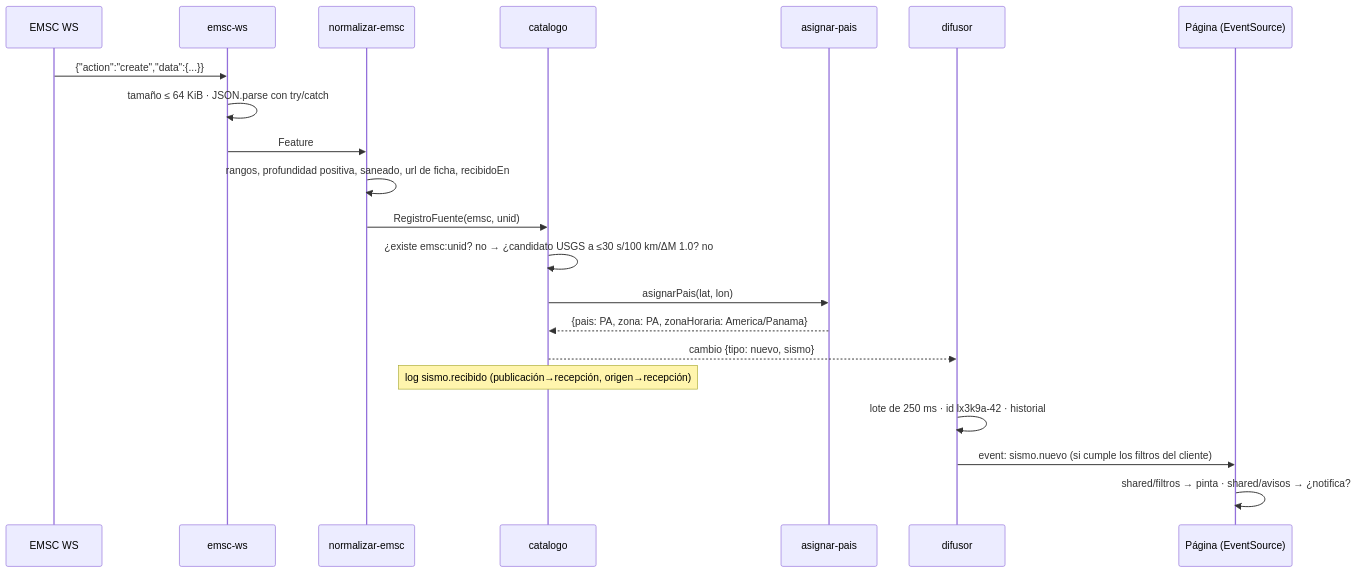
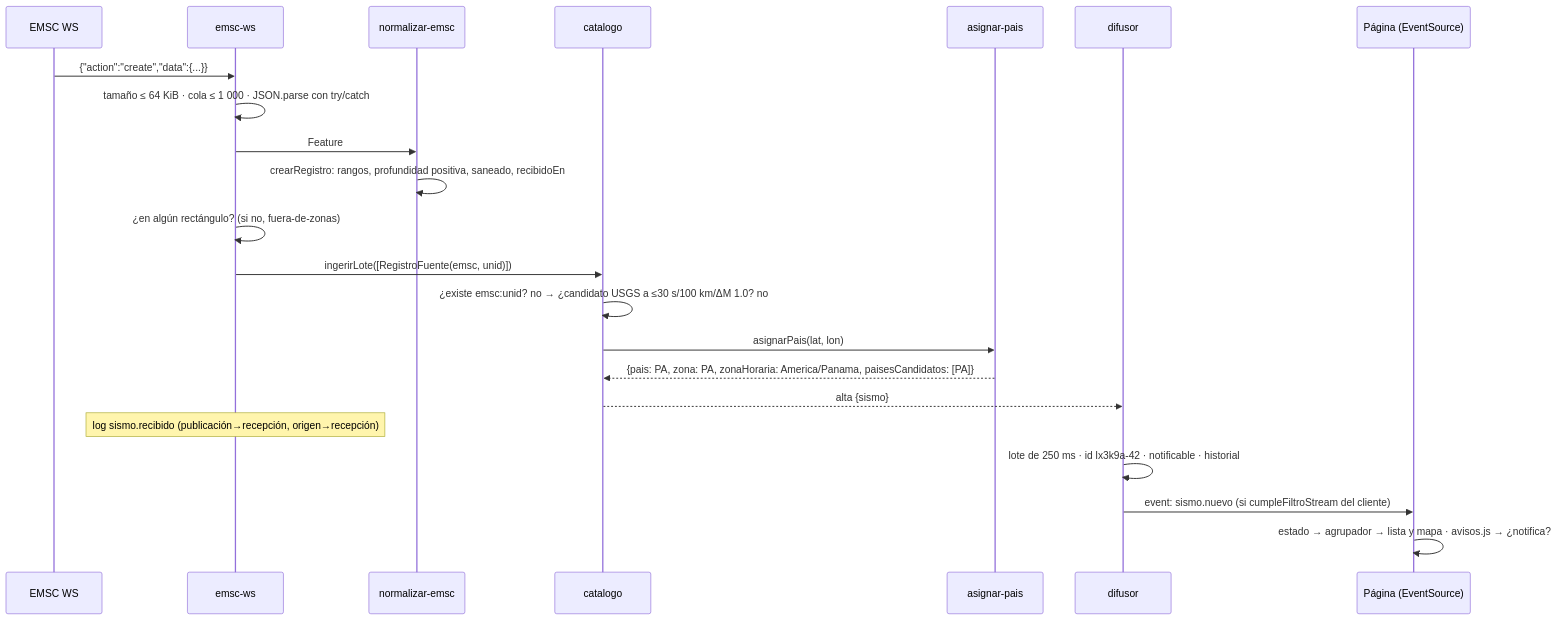
One commit to wpadillav/monitor_riesgos_naturales changed the fifth of 6 diagrams in docs/01-arquitectura.md. Above: the diagram before and after it, drawn with Mermaid. The commit also changed other lines of this file, not shown here.

First line of the commit message:
docs(arquitectura): versión 1.0 alineada con el código de la entrega 1 (04bb0c8)

````diff
--- a/docs/01-arquitectura.md
+++ b/docs/01-arquitectura.md
@@ -221,23 +261,24 @@
 ```mermaid
 sequenceDiagram
   participant E as EMSC WS
   participant W as emsc-ws
   participant N as normalizar-emsc
   participant C as catalogo
   participant G as asignar-pais
   participant D as difusor
   participant P as Página (EventSource)
   E->>W: {"action":"create","data":{...}}
-  W->>W: tamaño ≤ 64 KiB · JSON.parse con try/catch
+  W->>W: tamaño ≤ 64 KiB · cola ≤ 1 000 · JSON.parse con try/catch
   W->>N: Feature
-  N->>N: rangos, profundidad positiva, saneado, url de ficha, recibidoEn
-  N->>C: RegistroFuente(emsc, unid)
+  N->>N: crearRegistro: rangos, profundidad positiva, saneado, recibidoEn
+  W->>W: ¿en algún rectángulo? (si no, fuera-de-zonas)
+  W->>C: ingerirLote([RegistroFuente(emsc, unid)])
   C->>C: ¿existe emsc:unid? no → ¿candidato USGS a ≤30 s/100 km/ΔM 1.0? no
   C->>G: asignarPais(lat, lon)
-  G-->>C: {pais: PA, zona: PA, zonaHoraria: America/Panama}
-  C-->>D: cambio {tipo: nuevo, sismo}
-  Note over C: log sismo.recibido (publicación→recepción, origen→recepción)
-  D->>D: lote de 250 ms · id lx3k9a-42 · historial
-  D->>P: event: sismo.nuevo (si cumple los filtros del cliente)
-  P->>P: shared/filtros → pinta · shared/avisos → ¿notifica?
+  G-->>C: {pais: PA, zona: PA, zonaHoraria: America/Panama, paisesCandidatos: [PA]}
+  C-->>D: alta {sismo}
+  Note over W: log sismo.recibido (publicación→recepción, origen→recepción)
+  D->>D: lote de 250 ms · id lx3k9a-42 · notificable · historial
+  D->>P: event: sismo.nuevo (si cumpleFiltroStream del cliente)
+  P->>P: estado → agrupador → lista y mapa · avisos.js → ¿notifica?
 ```
````
